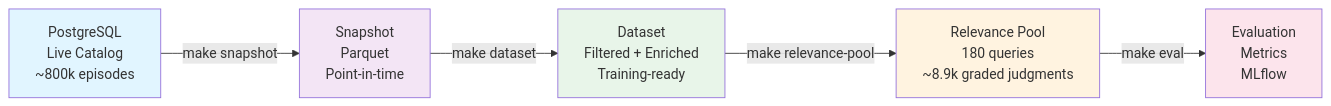
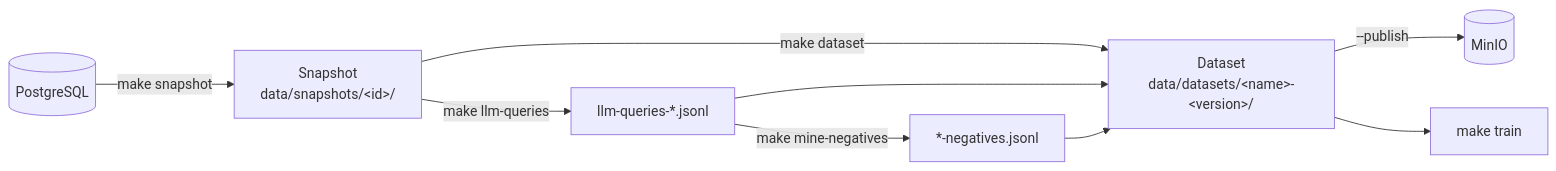
The diagram in docs/03-data-pipeline.md (poornanat1/podcast-retrieval), drawn with Mermaid before and after one commit. The commit also changed other lines of this file and 15 other files, not shown here.

````diff
--- a/docs/03-data-pipeline.md
+++ b/docs/03-data-pipeline.md
@@ -7,13 +3,11 @@
 ```mermaid
-graph LR
-    A["PostgreSQL<br/>Live Catalog<br/>~800k episodes"] -->|"make snapshot"| B["Snapshot<br/>Parquet<br/>Point-in-time"]
-    B -->|"make dataset"| C["Dataset<br/>Filtered + Enriched<br/>Training-ready"]
-    C -->|"make relevance-pool"| D["Relevance Pool<br/>180 queries<br/>~8.9k graded judgments"]
-    D -->|"make eval"| E["Evaluation<br/>Metrics<br/>MLflow"]
-    
-    style A fill:#e1f5ff
-    style B fill:#f3e5f5
-    style C fill:#e8f5e9
-    style D fill:#fff3e0
-    style E fill:#fce4ec
+flowchart LR
+    PG[("PostgreSQL")] -->|"make snapshot"| SNAP["Snapshot<br/>data/snapshots/&lt;id&gt;/"]
+    SNAP -->|"make dataset"| DS["Dataset<br/>data/datasets/&lt;name&gt;-&lt;version&gt;/"]
+    SNAP -->|"make llm-queries"| LQ["llm-queries-*.jsonl"]
+    LQ -->|"make mine-negatives"| NEG["*-negatives.jsonl"]
+    LQ --> DS
+    NEG --> DS
+    DS -->|"--publish"| MINIO[("MinIO")]
+    DS --> TRAIN["make train"]
 ```
````
